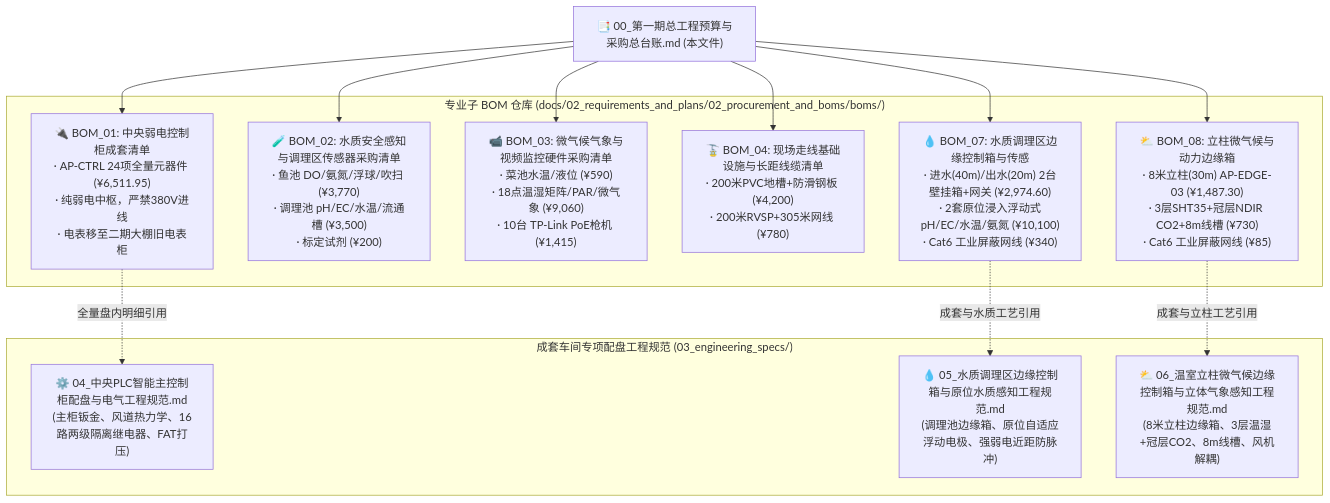
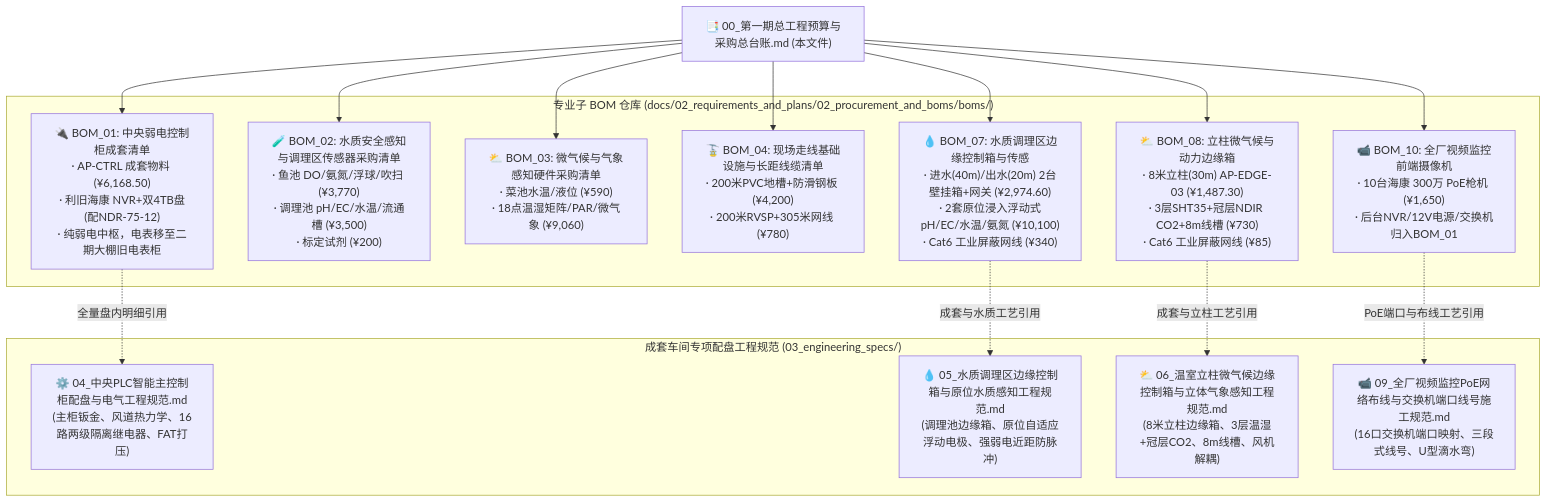
One commit to digitalboy/aquaponics changed the second of 2 diagrams in docs/02_requirements_and_plans/02_procurement_and_boms/00_第一期总工程预算与采购总台账.md. Above: the diagram before and after it, drawn with Mermaid. The commit also changed other lines of this file and 9 other files, not shown here.

````diff
--- a/docs/02_requirements_and_plans/02_procurement_and_boms/00_第一期总工程预算与采购总台账.md
+++ b/docs/02_requirements_and_plans/02_procurement_and_boms/00_第一期总工程预算与采购总台账.md
@@ -89,29 +90,33 @@
 ```mermaid
 graph TD
     Master["📑 00_第一期总工程预算与采购总台账.md (本文件)"]
     
     subgraph SubBOMs ["专业子 BOM 仓库 (docs/02_requirements_and_plans/02_procurement_and_boms/boms/)"]
-        BOM1["🔌 BOM_01: 中央弱电控制柜成套清单<br>· AP-CTRL 24项全量元器件 (¥6,511.95)<br>· 纯弱电中枢，严禁380V进线<br>· 电表移至二期大棚旧电表柜"]
+        BOM1["🔌 BOM_01: 中央弱电控制柜成套清单<br>· AP-CTRL 成套物料 (¥6,168.50)<br>· 利旧海康 NVR+双4TB盘(配NDR-75-12)<br>· 纯弱电中枢，电表移至二期大棚旧电表柜"]
         BOM2["🧪 BOM_02: 水质安全感知与调理区传感器采购清单<br>· 鱼池 DO/氨氮/浮球/吹扫 (¥3,770)<br>· 调理池 pH/EC/水温/流通槽 (¥3,500)<br>· 标定试剂 (¥200)"]
-        BOM3["📹 BOM_03: 微气候气象与视频监控硬件采购清单<br>· 菜池水温/液位 (¥590)<br>· 18点温湿矩阵/PAR/微气象 (¥9,060)<br>· 10台 TP-Link PoE枪机 (¥1,415)"]
+        BOM3["⛅ BOM_03: 微气候与气象感知硬件采购清单<br>· 菜池水温/液位 (¥590)<br>· 18点温湿矩阵/PAR/微气象 (¥9,060)"]
         BOM4["🚡 BOM_04: 现场走线基础设施与长距线缆清单<br>· 200米PVC地槽+防滑钢板 (¥4,200)<br>· 200米RVSP+305米网线 (¥780)"]
         BOM7["💧 BOM_07: 水质调理区边缘控制箱与传感<br>· 进水(40m)/出水(20m) 2台壁挂箱+网关 (¥2,974.60)<br>· 2套原位浸入浮动式pH/EC/水温/氨氮 (¥10,100)<br>· Cat6 工业屏蔽网线 (¥340)"]
         BOM8["⛅ BOM_08: 立柱微气候与动力边缘箱<br>· 8米立柱(30m) AP-EDGE-03 (¥1,487.30)<br>· 3层SHT35+冠层NDIR CO2+8m线槽 (¥730)<br>· Cat6 工业屏蔽网线 (¥85)"]
+        BOM10["📹 BOM_10: 全厂视频监控前端摄像机<br>· 10台海康 300万 PoE枪机 (¥1,650)<br>· 后台NVR/12V电源/交换机归入BOM_01"]
     end
     
     subgraph CabinetSpec ["成套车间专项配盘工程规范 (03_engineering_specs/)"]
         Doc04["⚙️ 04_中央PLC智能主控制柜配盘与电气工程规范.md<br>(主柜钣金、风道热力学、16路两级隔离继电器、FAT打压)"]
         Doc05["💧 05_水质调理区边缘控制箱与原位水质感知工程规范.md<br>(调理池边缘箱、原位自适应浮动电极、强弱电近距防脉冲)"]
         Doc06["⛅ 06_温室立柱微气候边缘控制箱与立体气象感知工程规范.md<br>(8米立柱边缘箱、3层温湿+冠层CO2、8m线槽、风机解耦)"]
+        Doc09["📹 09_全厂视频监控PoE网络布线与交换机端口线号施工规范.md<br>(16口交换机端口映射、三段式线号、U型滴水弯)"]
     end
     
     Master --> BOM1
     Master --> BOM2
     Master --> BOM3
     Master --> BOM4
     Master --> BOM7
     Master --> BOM8
+    Master --> BOM10
     BOM1 -.->|全量盘内明细引用| Doc04
     BOM7 -.->|成套与水质工艺引用| Doc05
     BOM8 -.->|成套与立柱工艺引用| Doc06
+    BOM10 -.->|PoE端口与布线工艺引用| Doc09
 ```
````
